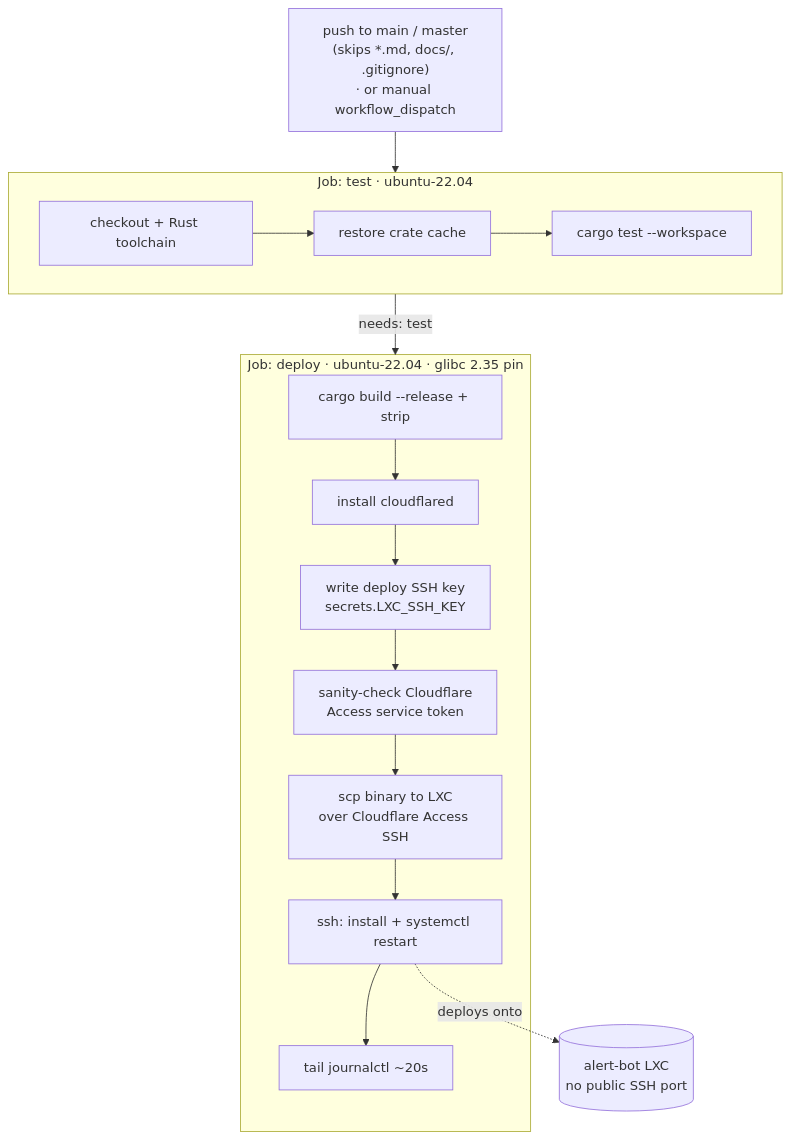
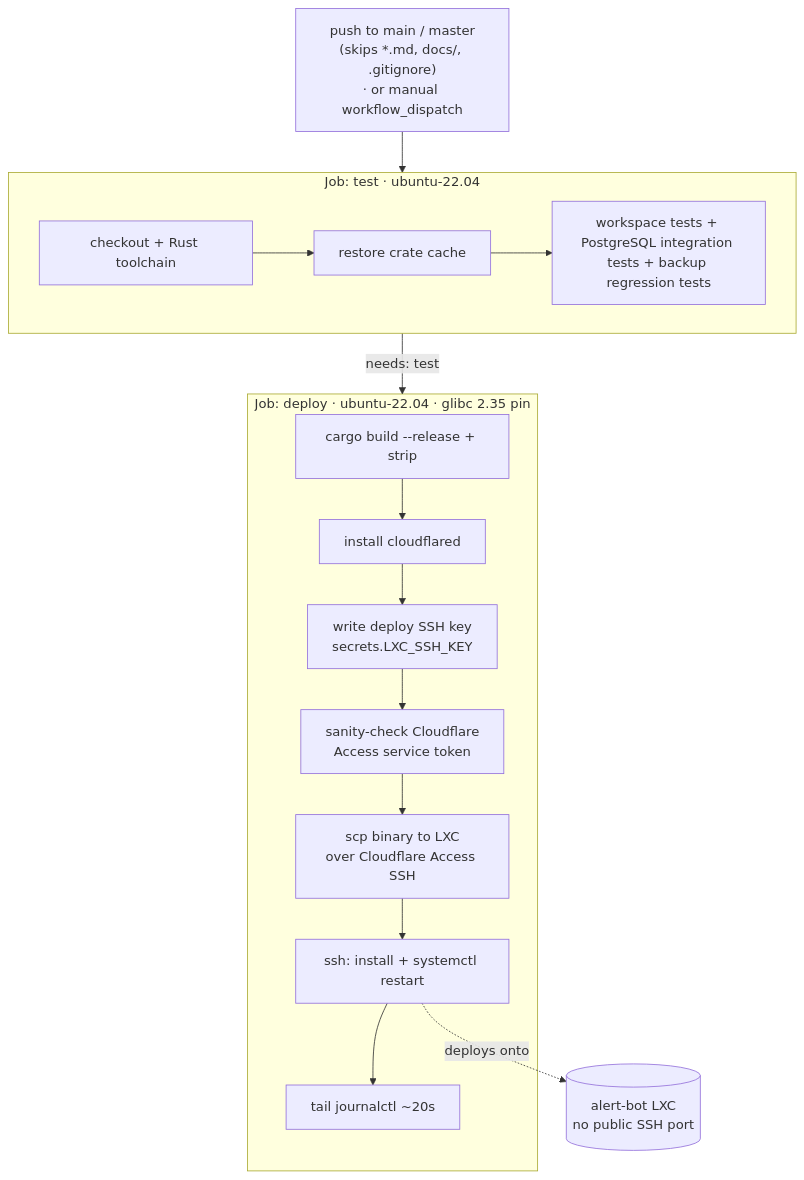
Before and after one commit to duramson/alert-bot-rs: the second of 2 diagrams in README.md, drawn with Mermaid. The commit also changed other lines of this file and 4 other files, not shown here.

````diff
--- a/README.md
+++ b/README.md
@@ -363,22 +367,22 @@
 ```mermaid
 flowchart TD
     trig["push to main / master<br/>(skips *.md, docs/, .gitignore)<br/>· or manual workflow_dispatch"] --> test
 
     subgraph test["Job: test · ubuntu-22.04"]
         t1[checkout + Rust toolchain] --> t2[restore crate cache]
-        t2 --> t3["cargo test --workspace"]
+        t2 --> t3["workspace tests + PostgreSQL integration tests + backup regression tests"]
     end
 
     test -->|"needs: test"| deploy
 
     subgraph deploy["Job: deploy · ubuntu-22.04 · glibc 2.35 pin"]
         d1["cargo build --release + strip"] --> d2[install cloudflared]
         d2 --> d3["write deploy SSH key<br/>secrets.LXC_SSH_KEY"]
         d3 --> d4["sanity-check Cloudflare<br/>Access service token"]
         d4 --> d5["scp binary to LXC<br/>over Cloudflare Access SSH"]
         d5 --> d6["ssh: install + systemctl restart"]
         d6 --> d7["tail journalctl ~20s"]
     end
 
     d6 -.->|deploys onto| host[("alert-bot LXC<br/>no public SSH port")]
 ```
````
